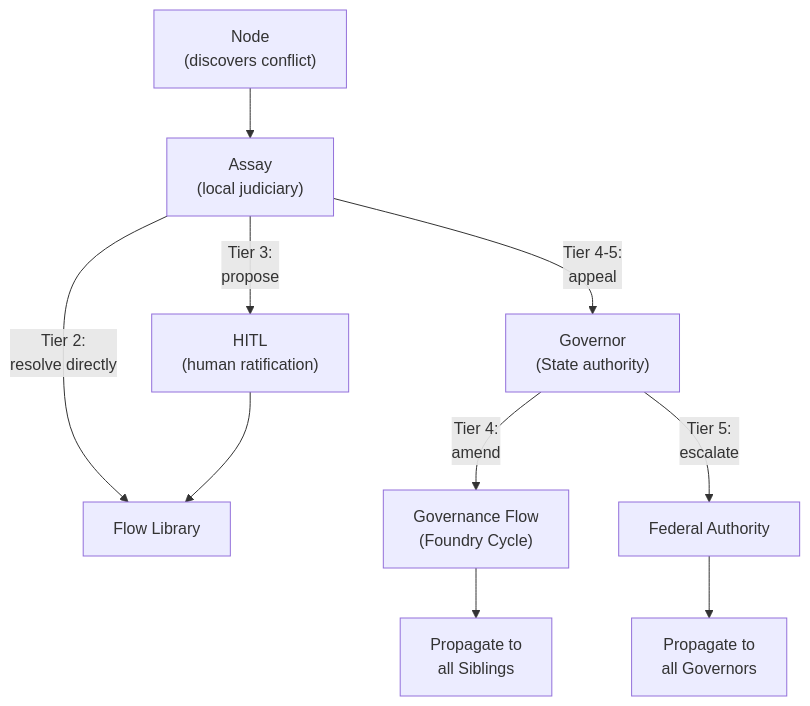
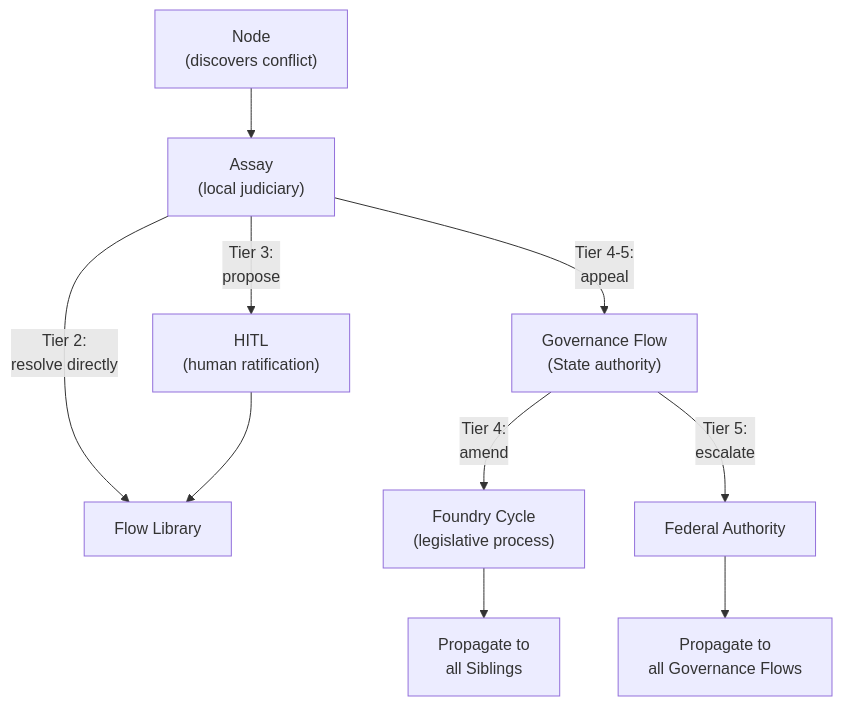
One commit to really-knows-ai/gideas changed the second of 2 diagrams in 01-concepts/03-governance.md. Above: the diagram before and after it, drawn with Mermaid. The commit also changed other lines of this file and 3 other files, not shown here.

First line of the commit message:
Refactor architecture documentation and governance flow details

````diff
--- a/01-concepts/03-governance.md
+++ b/01-concepts/03-governance.md
@@ -254,12 +254,12 @@
 ```mermaid
 flowchart TD
     Node["Node<br/>(discovers conflict)"] --> Assay["Assay<br/>(local judiciary)"]
     Assay -->|"Tier 2:<br/>resolve directly"| Library["Flow Library"]
     Assay -->|"Tier 3:<br/>propose"| HITL["HITL<br/>(human ratification)"]
     HITL --> Library
-    Assay -->|"Tier 4-5:<br/>appeal"| Governor["Governor<br/>(State authority)"]
-    Governor -->|"Tier 4:<br/>amend"| GovFlow["Governance Flow<br/>(Foundry Cycle)"]
-    GovFlow --> Propagate["Propagate to<br/>all Siblings"]
-    Governor -->|"Tier 5:<br/>escalate"| Federal["Federal Authority"]
-    Federal --> FedPropagate["Propagate to<br/>all Governors"]
+    Assay -->|"Tier 4-5:<br/>appeal"| GovFlow["Governance Flow<br/>(State authority)"]
+    GovFlow -->|"Tier 4:<br/>amend"| GovCycle["Foundry Cycle<br/>(legislative process)"]
+    GovCycle --> Propagate["Propagate to<br/>all Siblings"]
+    GovFlow -->|"Tier 5:<br/>escalate"| Federal["Federal Authority"]
+    Federal --> FedPropagate["Propagate to<br/>all Governance Flows"]
 ```
````
